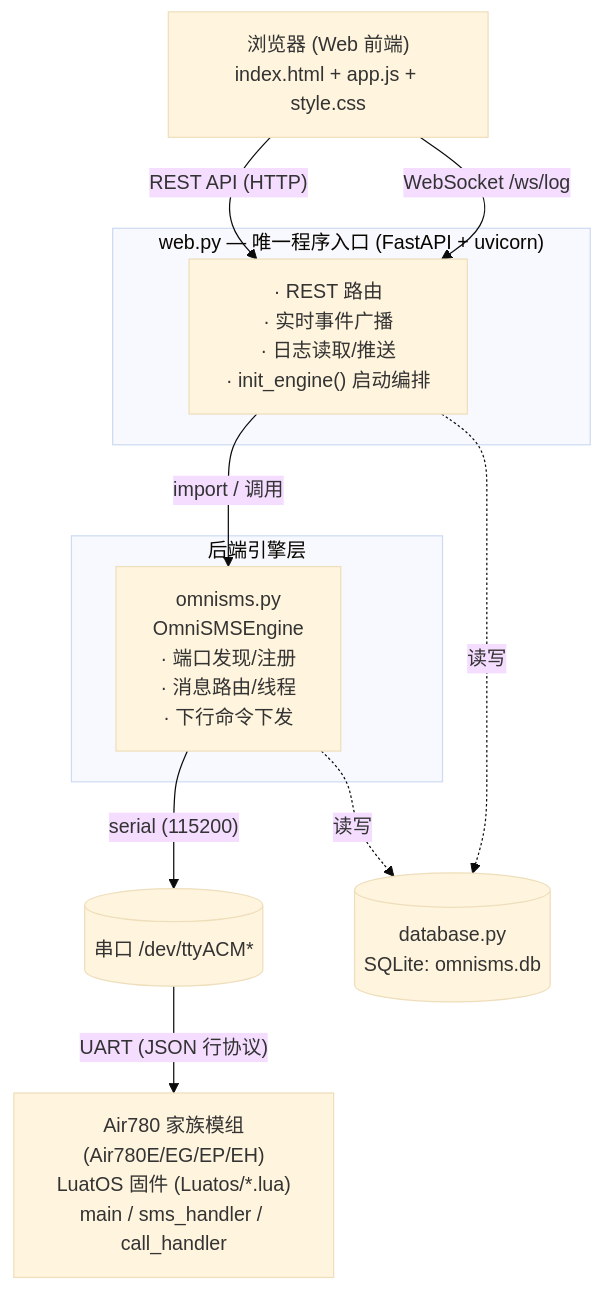
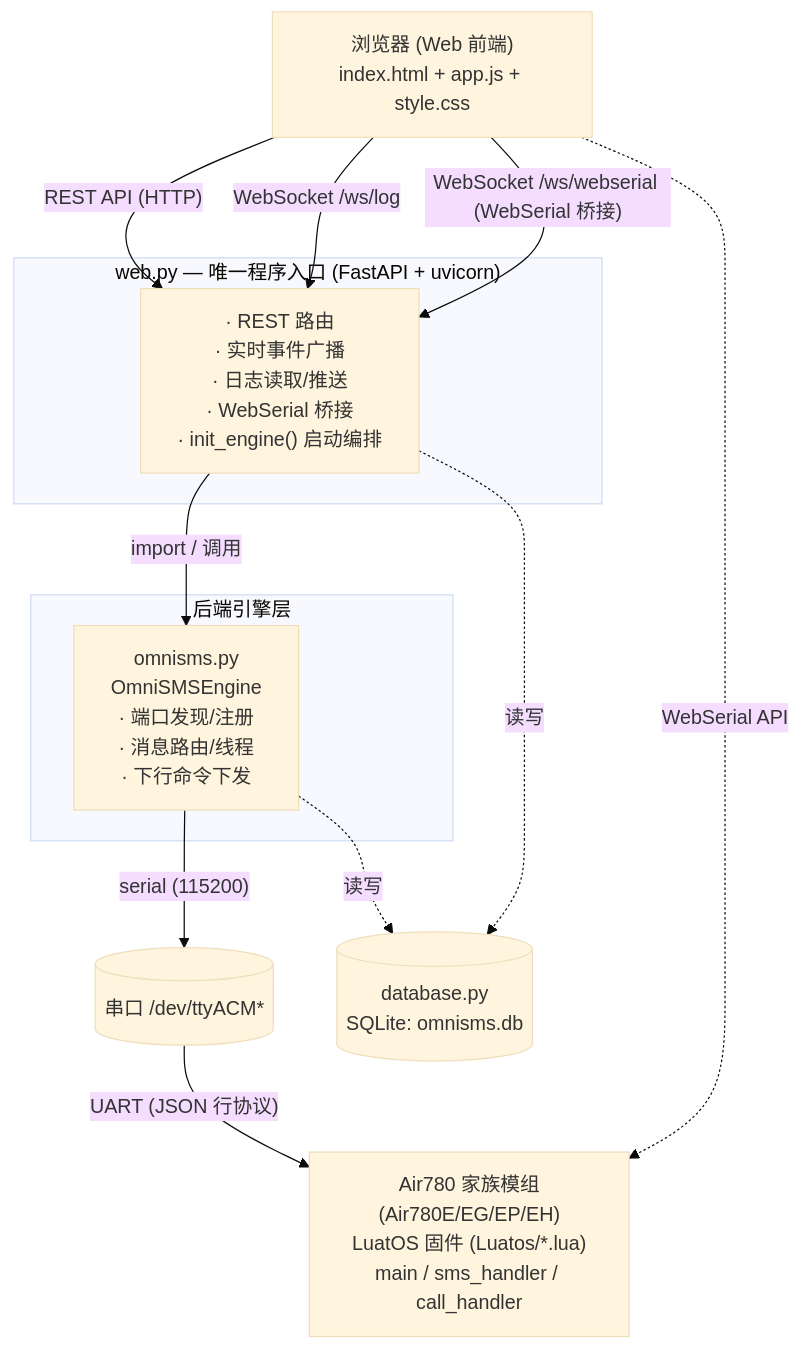
Before and after one commit to Yanel85/OmniSMS: the diagram in README.md, drawn with Mermaid (base theme). The commit also changed other lines of this file and 8 other files, not shown here.

First line of the commit message:
feat: v3.0.0 新增 WebSerial 桥接与 Docker 部署支持

````diff
--- a/README.md
+++ b/README.md
@@ -11,25 +16,27 @@
 ```mermaid
 flowchart TB
     Browser["浏览器 (Web 前端)<br/>index.html + app.js + style.css"]
 
     Browser -->|"REST API (HTTP)"| Web
     Browser -->|"WebSocket /ws/log"| Web
+    Browser -->|"WebSocket /ws/webserial (WebSerial 桥接)"| Web
 
     subgraph WebLayer["web.py — 唯一程序入口 (FastAPI + uvicorn)"]
-        Web["· REST 路由<br/>· 实时事件广播<br/>· 日志读取/推送<br/>· init_engine() 启动编排"]
+        Web["· REST 路由<br/>· 实时事件广播<br/>· 日志读取/推送<br/>· WebSerial 桥接<br/>· init_engine() 启动编排"]
     end
 
     Web -->|"import / 调用"| Engine
 
     subgraph Backend["后端引擎层"]
         Engine["omnisms.py<br/>OmniSMSEngine<br/>· 端口发现/注册<br/>· 消息路由/线程<br/>· 下行命令下发"]
     end
 
     Engine -->|"serial (115200)"| Port[("串口 /dev/ttyACM*")]
     Port -->|"UART (JSON 行协议)"| Device
+    Browser -.->|"WebSerial API"| Device
     Device["Air780 家族模组<br/>(Air780E/EG/EP/EH)<br/>LuatOS 固件 (Luatos/*.lua)<br/>main / sms_handler / call_handler"]
 
     DB[("database.py<br/>SQLite: omnisms.db")]
     Engine -.->|"读写"| DB
     Web -.->|"读写"| DB
 ```
````
